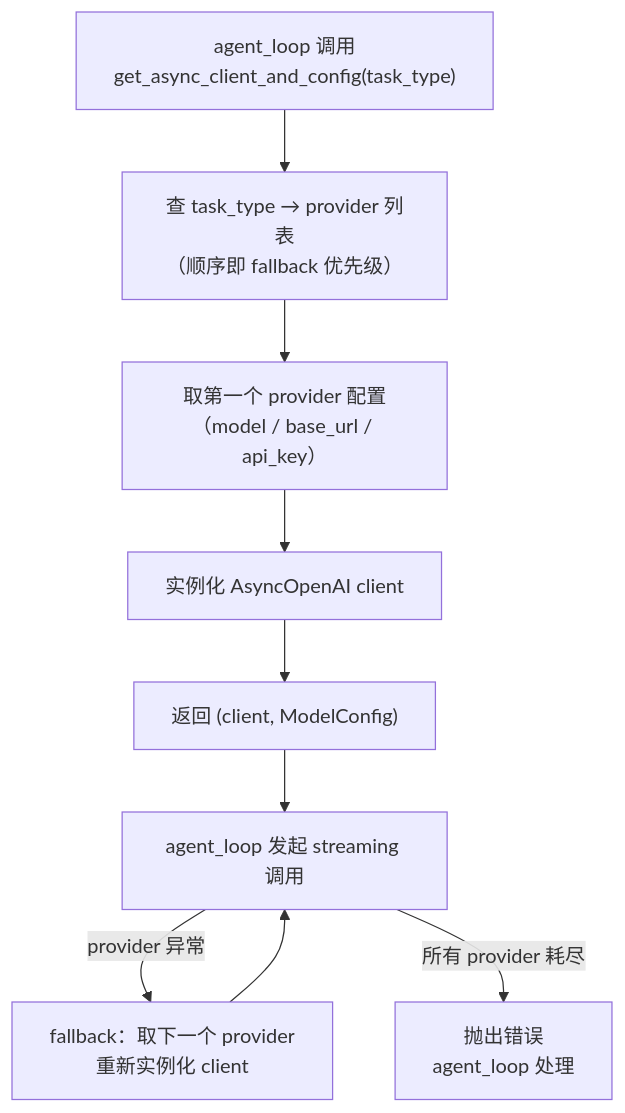
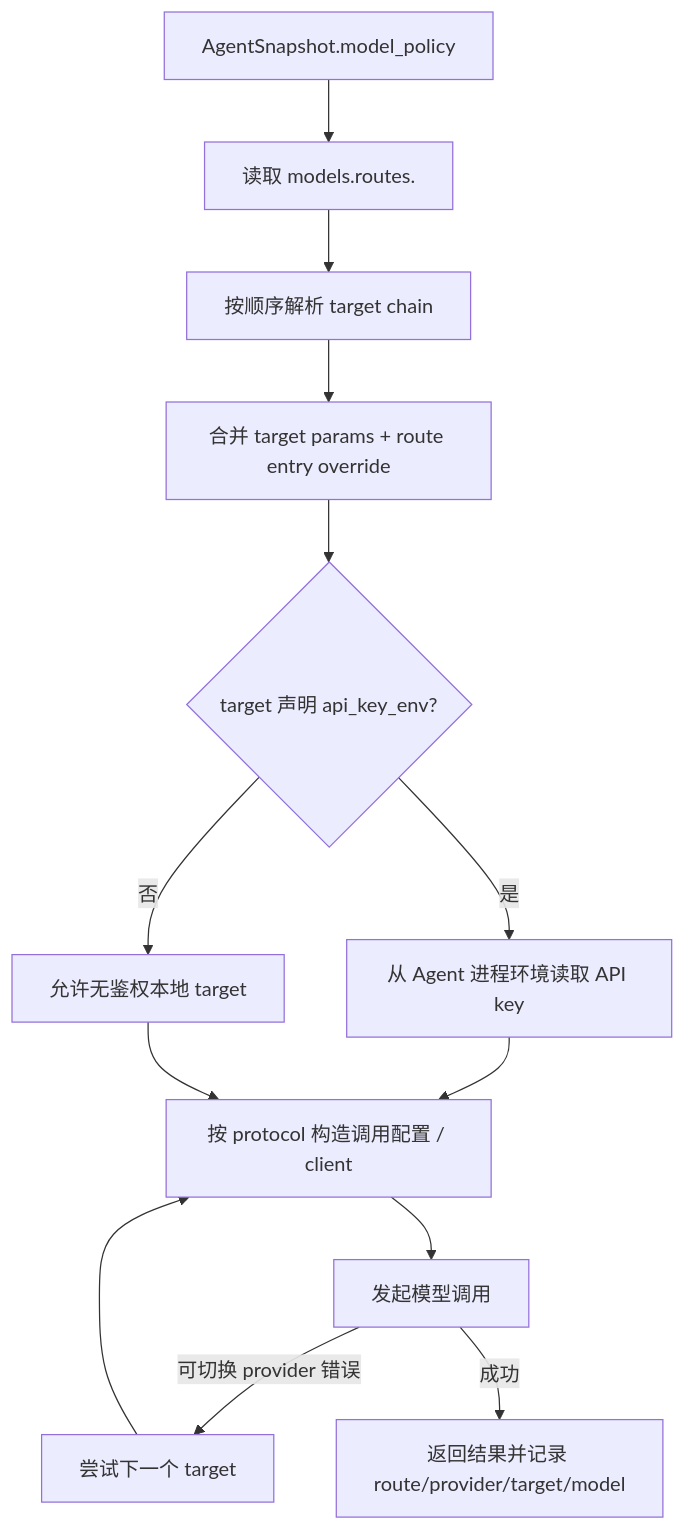
The diagram in docs/capabilities/model-router.md (Summy2104/fleetent), drawn with Mermaid before and after one commit. The commit also changed other lines of this file and 10 other files, not shown here.

Commit message:
docs(capabilities): align roadmaps with config model

````diff
--- a/docs/capabilities/model-router.md
+++ b/docs/capabilities/model-router.md
@@ -19,11 +20,14 @@
 ```mermaid
 flowchart TD
-    A["agent_loop 调用\nget_async_client_and_config(task_type)"] --> B["查 task_type → provider 列表\n（顺序即 fallback 优先级）"]
-    B --> C["取第一个 provider 配置\n（model / base_url / api_key）"]
-    C --> D["实例化 AsyncOpenAI client"]
-    D --> E["返回 (client, ModelConfig)"]
-    E --> F["agent_loop 发起 streaming 调用"]
-    F -->|provider 异常| G["fallback：取下一个 provider\n重新实例化 client"]
-    G --> F
-    F -->|所有 provider 耗尽| H["抛出错误\nagent_loop 处理"]
+    A["AgentSnapshot.model_policy"] --> B["读取 models.routes.<route_key>"]
+    B --> C["按顺序解析 target chain"]
+    C --> D["合并 target params + route entry override"]
+    D --> E{"target 声明 api_key_env?"}
+    E -->|是| F["从 Agent 进程环境读取 API key"]
+    E -->|否| G["允许无鉴权本地 target"]
+    F & G --> H["按 protocol 构造调用配置 / client"]
+    H --> I["发起模型调用"]
+    I -->|可切换 provider 错误| J["尝试下一个 target"]
+    J --> H
+    I -->|成功| K["返回结果并记录 route/provider/target/model"]
 ```
````
